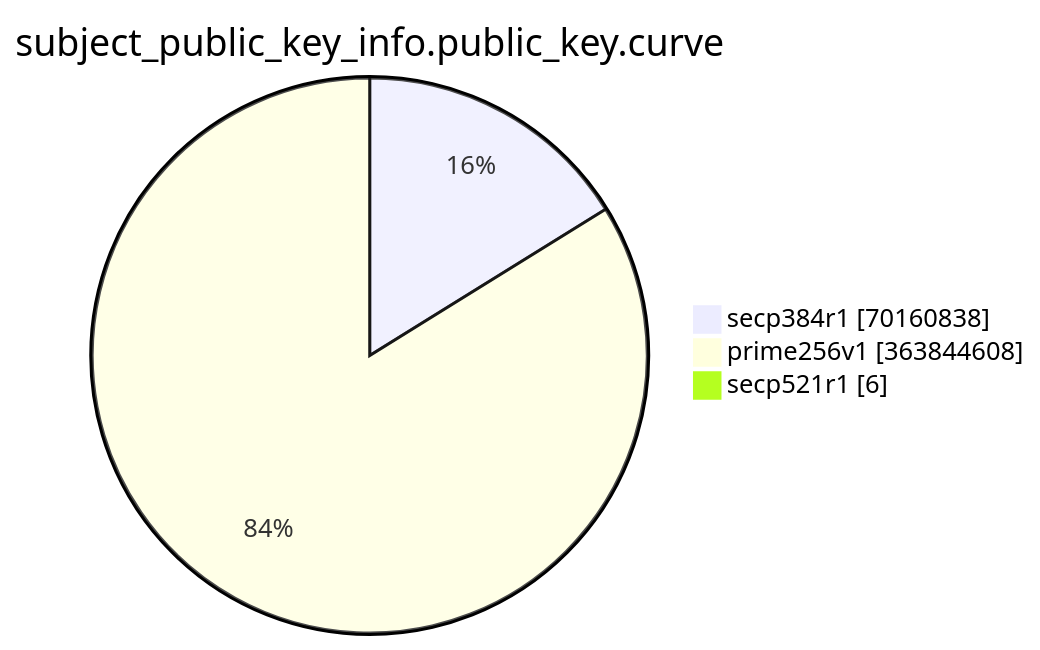
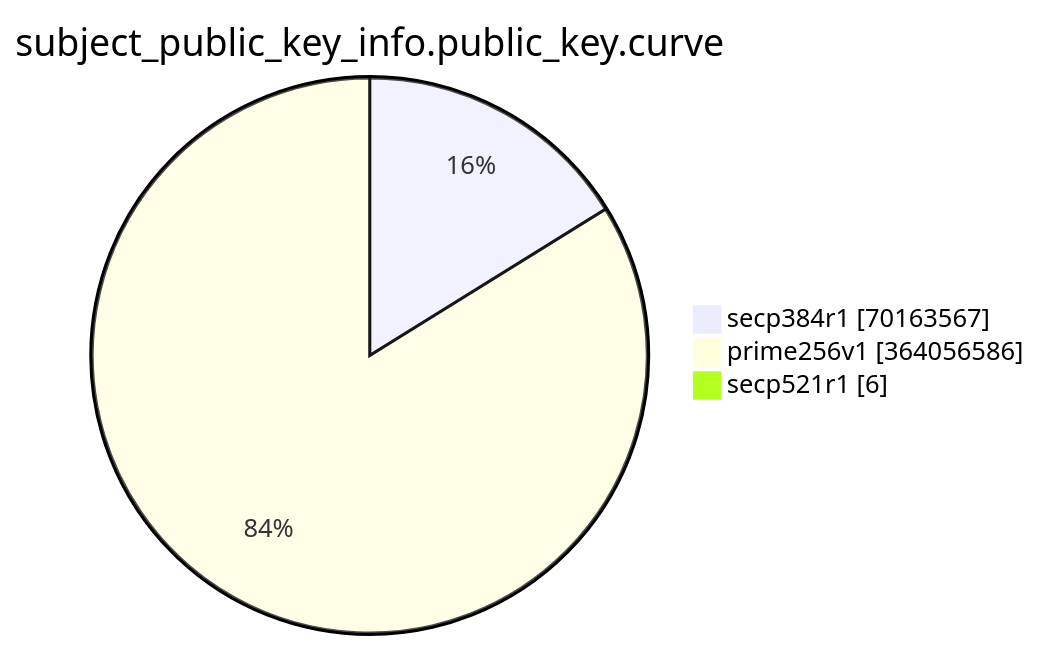
Before and after one commit to christiankrug/ctmonitor_visualization: the eighth of 15 diagrams in TOTAL/README.md, drawn with Mermaid. The commit also changed other lines of this file, not shown here.

````diff
--- a/TOTAL/README.md
+++ b/TOTAL/README.md
@@ -3091,7 +3091,7 @@
 ```mermaid
 pie showData
 title subject_public_key_info.public_key.curve
-"secp384r1" :70160838
-"prime256v1" :363844608
+"secp384r1" :70163567
+"prime256v1" :364056586
 "secp521r1" :6
 ```
````
